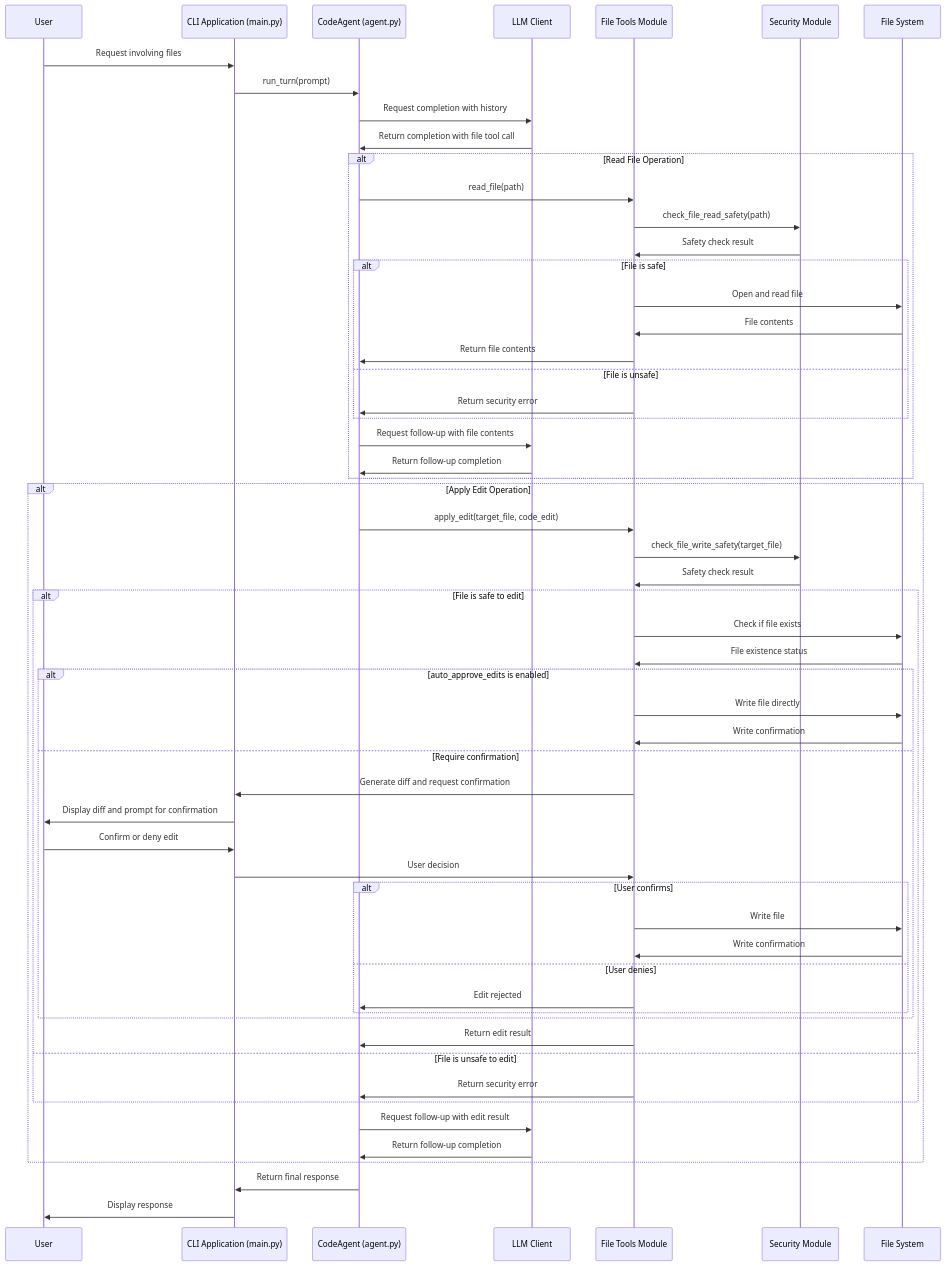
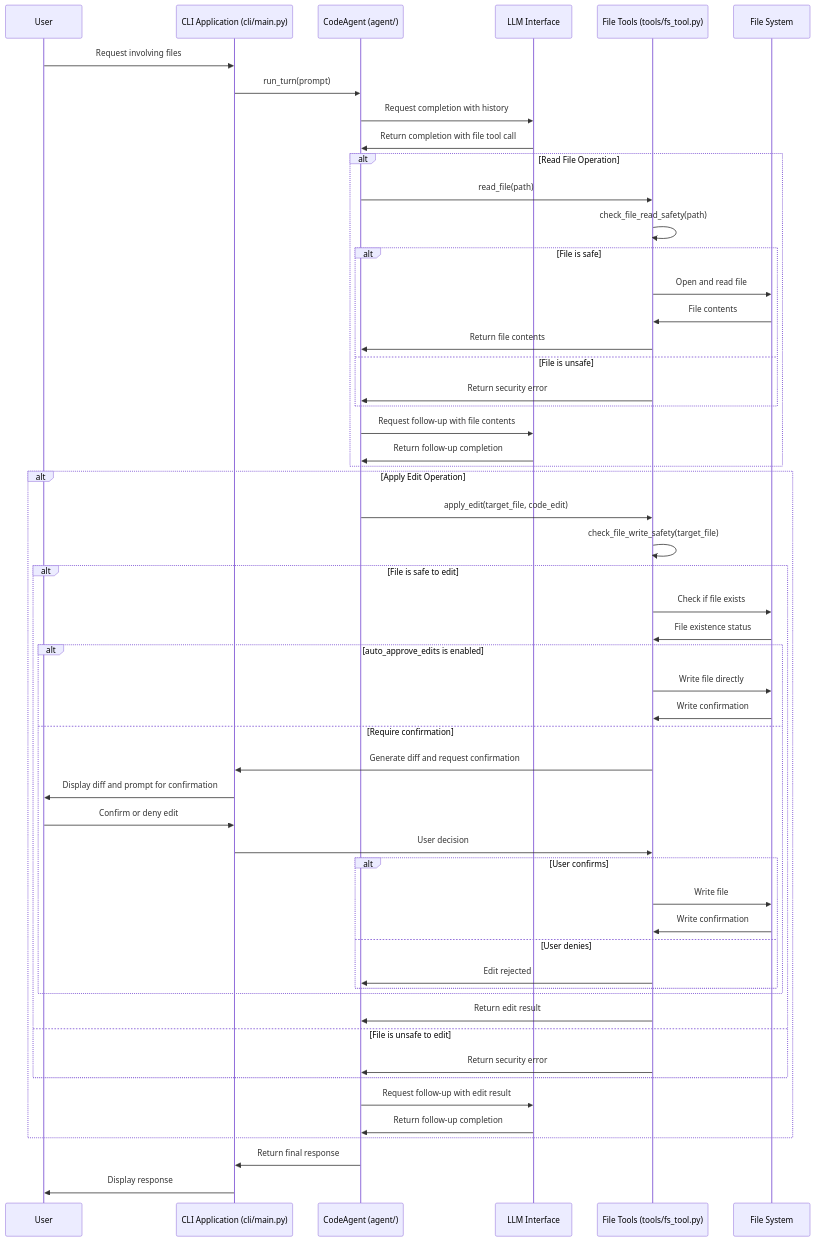
One commit to BlueCentre/code-agent changed the diagram in docs/feature_file_operations.md. Above: the diagram before and after it, drawn with Mermaid. The commit also changed 36 other files, not shown here.

````diff
--- a/docs/feature_file_operations.md
+++ b/docs/feature_file_operations.md
@@ -143,70 +143,67 @@
 ```mermaid
 sequenceDiagram
     participant User
-    participant CLI as CLI Application (main.py)
-    participant Agent as CodeAgent (agent.py)
-    participant LLM as LLM Client
-    participant FileTool as File Tools Module
-    participant Security as Security Module
+    participant CLI as CLI Application (cli/main.py)
+    participant Agent as CodeAgent (agent/)
+    participant LiteLLM as LLM Interface
+    participant FileTool as File Tools (tools/fs_tool.py)
     participant FS as File System
 
     User->>CLI: Request involving files
     CLI->>Agent: run_turn(prompt)
-    Agent->>LLM: Request completion with history
-    LLM->>Agent: Return completion with file tool call
+    Agent->>LiteLLM: Request completion with history
+    LiteLLM->>Agent: Return completion with file tool call
 
     alt Read File Operation
         Agent->>FileTool: read_file(path)
-        FileTool->>Security: check_file_read_safety(path)
-        Security->>FileTool: Safety check result
+        FileTool->>FileTool: check_file_read_safety(path)
 
         alt File is safe
             FileTool->>FS: Open and read file
             FS->>FileTool: File contents
             FileTool->>Agent: Return file contents
         else File is unsafe
             FileTool->>Agent: Return security error
         end
 
-        Agent->>LLM: Request follow-up with file contents
-        LLM->>Agent: Return follow-up completion
+        Agent->>LiteLLM: Request follow-up with file contents
+        LiteLLM->>Agent: Return follow-up completion
     end
 
     alt Apply Edit Operation
         Agent->>FileTool: apply_edit(target_file, code_edit)
-        FileTool->>Security: check_file_write_safety(target_file)
-        Security->>FileTool: Safety check result
+        FileTool->>FileTool: check_file_write_safety(target_file)
 
         alt File is safe to edit
             FileTool->>FS: Check if file exists
             FS->>FileTool: File existence status
 
             alt auto_approve_edits is enabled
                 FileTool->>FS: Write file directly
                 FS->>FileTool: Write confirmation
             else Require confirmation
                 FileTool->>CLI: Generate diff and request confirmation
                 CLI->>User: Display diff and prompt for confirmation
                 User->>CLI: Confirm or deny edit
                 CLI->>FileTool: User decision
 
                 alt User confirms
                     FileTool->>FS: Write file
                     FS->>FileTool: Write confirmation
                 else User denies
                     FileTool->>Agent: Edit rejected
                 end
             end
 
             FileTool->>Agent: Return edit result
         else File is unsafe to edit
             FileTool->>Agent: Return security error
         end
 
-        Agent->>LLM: Request follow-up with edit result
-        LLM->>Agent: Return follow-up completion
+        Agent->>LiteLLM: Request follow-up with edit result
+        LiteLLM->>Agent: Return follow-up completion
     end
 
     Agent->>CLI: Return final response
     CLI->>User: Display response
 ```
````
